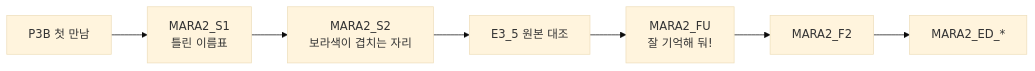
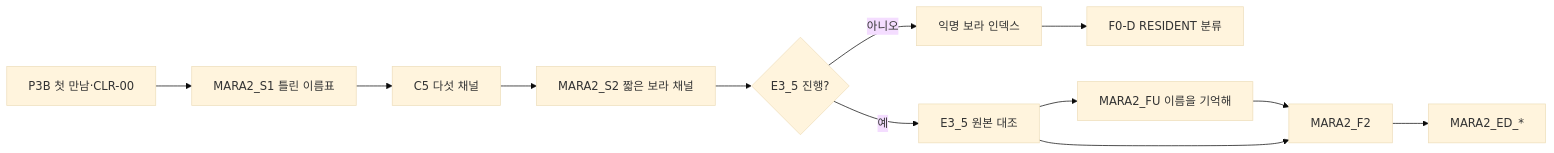
Before and after one commit to devb-eru/ggb: the seventh of 9 diagrams in ideas/md/v04/03_전체이벤트흐름도.md, drawn with Mermaid (base theme). The commit also changed other lines of this file, not shown here.

````diff
--- a/ideas/md/v04/03_전체이벤트흐름도.md
+++ b/ideas/md/v04/03_전체이벤트흐름도.md
@@ -124,9 +845,14 @@
 ```mermaid
 flowchart LR
-    P3B["P3B 첫 만남"] --> M2S1["MARA2_S1<br/>틀린 이름표"]
-    M2S1 --> M2S2["MARA2_S2<br/>보라색이 겹치는 자리"]
-    M2S2 --> E35["E3_5 원본 대조"]
-    E35 --> M2FU["MARA2_FU<br/>잘 기억해 둬!"]
-    M2FU --> M2F2["MARA2_F2"]
-    M2F2 --> M2ED["MARA2_ED_*"]
+    P3B["P3B 첫 만남·CLR-00"] --> M2S1["MARA2_S1 틀린 이름표"]
+    M2S1 --> C5["C5 다섯 채널"]
+    C5 --> M2S2["MARA2_S2 짧은 보라 채널"]
+    M2S2 --> CHK{"E3_5 진행?"}
+    CHK -- "아니오" --> ANON["익명 보라 인덱스"]
+    CHK -- "예" --> E35["E3_5 원본 대조"]
+    E35 --> FU["MARA2_FU 이름을 기억해"]
+    ANON --> F0D["F0-D RESIDENT 분류"]
+    FU --> F2["MARA2_F2"]
+    E35 --> F2
+    F2 --> ED["MARA2_ED_*"]
 ```
````
